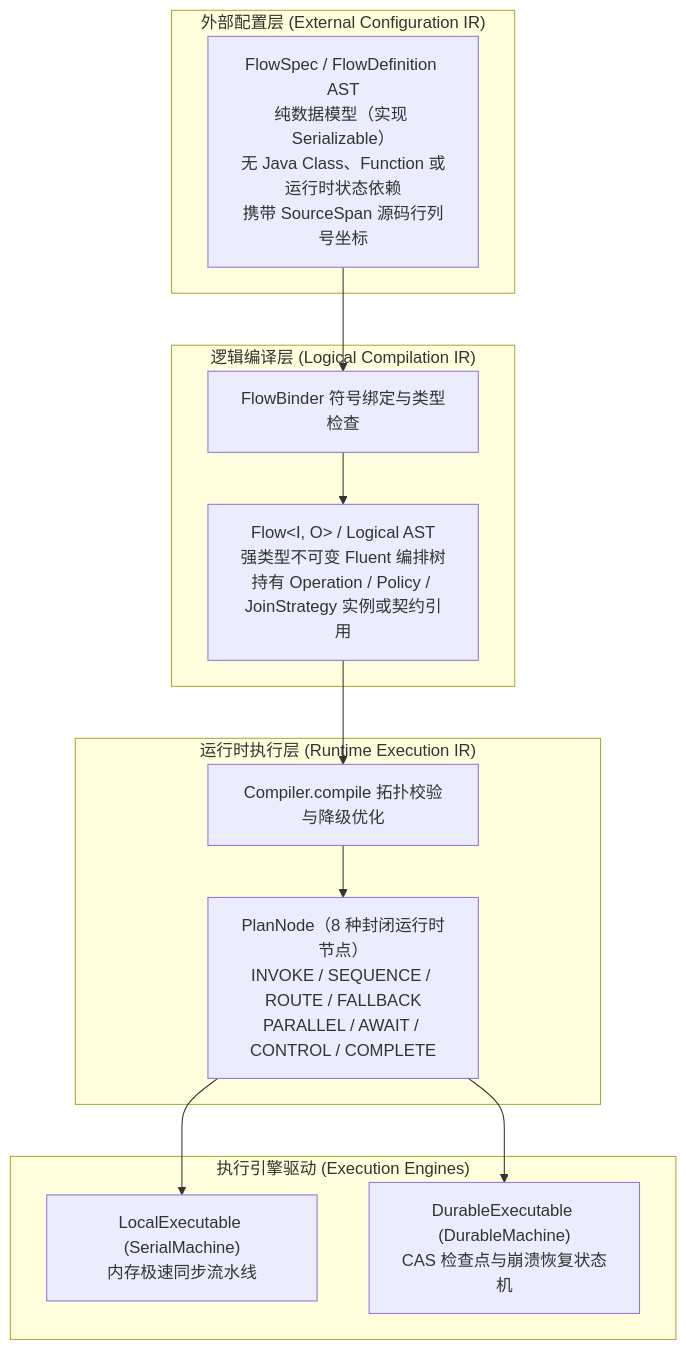
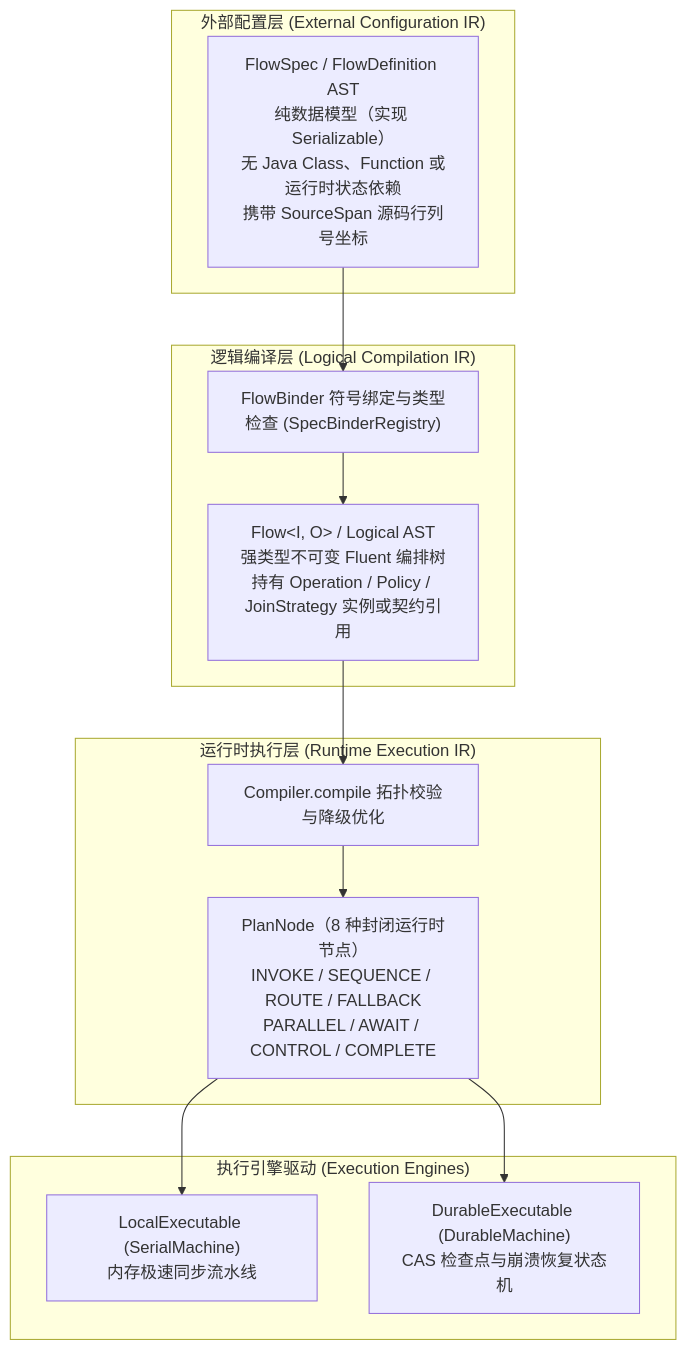
The first of 5 diagrams in docs/flow/flow-definition.md (team4u/team4u-framework), drawn with Mermaid before and after one commit. The commit also changed other lines of this file and 24 other files, not shown here.

Commit message:
refactor(flow-definition): decouple binders and checkers with KeyedPolicyRegistry and ConfigMapReader

````diff
--- a/docs/flow/flow-definition.md
+++ b/docs/flow/flow-definition.md
@@ -22,23 +22,23 @@
 ```mermaid
 graph TD
     subgraph "外部配置层 (External Configuration IR)"
         FS["FlowSpec / FlowDefinition AST<br/>纯数据模型（实现 Serializable）<br/>无 Java Class、Function 或运行时状态依赖<br/>携带 SourceSpan 源码行列号坐标"]
     end
 
     subgraph "逻辑编译层 (Logical Compilation IR)"
-        FB["FlowBinder 符号绑定与类型检查"]
+        FB["FlowBinder 符号绑定与类型检查 (SpecBinderRegistry)"]
         LOG["Flow&lt;I, O&gt; / Logical AST<br/>强类型不可变 Fluent 编排树<br/>持有 Operation / Policy / JoinStrategy 实例或契约引用"]
         FS --> FB --> LOG
     end
 
     subgraph "运行时执行层 (Runtime Execution IR)"
         COMP["Compiler.compile 拓扑校验与降级优化"]
         PLAN["PlanNode（8 种封闭运行时节点）<br/>INVOKE / SEQUENCE / ROUTE / FALLBACK<br/>PARALLEL / AWAIT / CONTROL / COMPLETE"]
         LOG --> COMP --> PLAN
     end
 
     subgraph "执行引擎驱动 (Execution Engines)"
         PLAN --> LOC["LocalExecutable (SerialMachine)<br/>内存极速同步流水线"]
         PLAN --> DUR["DurableExecutable (DurableMachine)<br/>CAS 检查点与崩溃恢复状态机"]
     end
 ```
````
